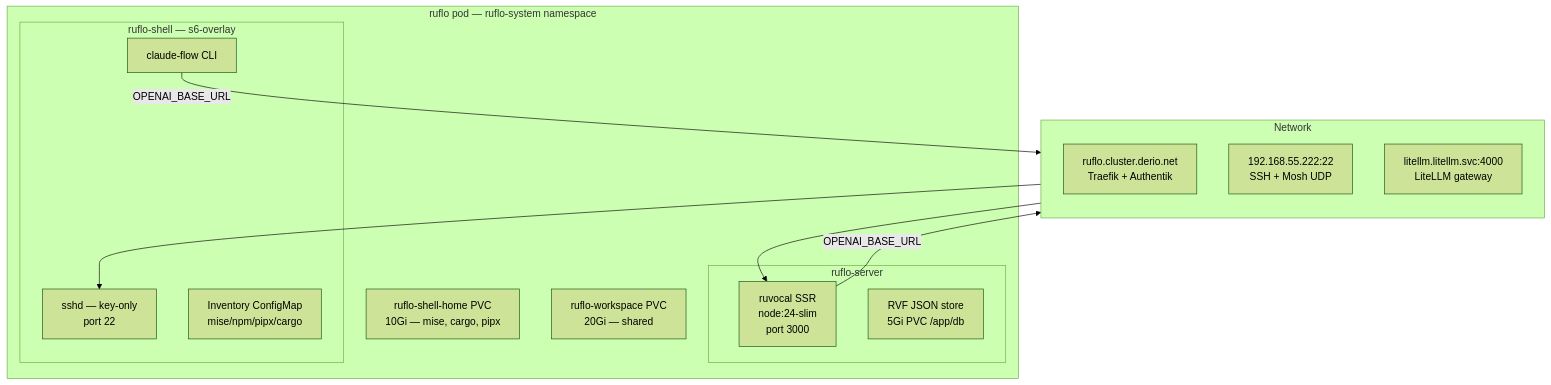
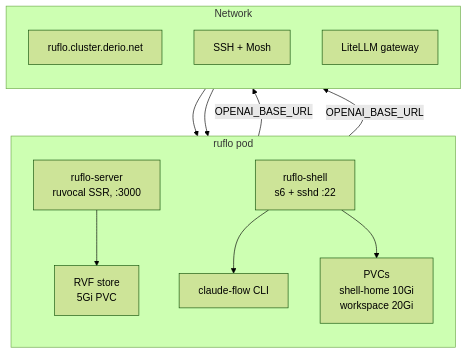
Before and after one commit to derio-net/frank: the diagram in blog/content/docs/building/29-ruflo/index.md, drawn with Mermaid (forest theme). The commit also changed other lines of this file and 3 other files, not shown here.

````diff
--- a/blog/content/docs/building/29-ruflo/index.md
+++ b/blog/content/docs/building/29-ruflo/index.md
@@ -21,27 +21,25 @@
 ```mermaid
 flowchart TD
-  subgraph Pod[ruflo pod — ruflo-system namespace]
-    subgraph Server[ruflo-server]
-      RUV[ruvocal SSR<br/>node:24-slim<br/>port 3000]
-      RVF[RVF JSON store<br/>5Gi PVC /app/db]
-    end
-    subgraph Shell[ruflo-shell — s6-overlay]
-      SSHD[sshd — key-only<br/>port 22]
-      CF[claude-flow CLI]
-      INV[Inventory ConfigMap<br/>mise/npm/pipx/cargo]
-    end
-    SH[ruflo-shell-home PVC<br/>10Gi — mise, cargo, pipx]
-    WS[ruflo-workspace PVC<br/>20Gi — shared]
+  subgraph Pod[ruflo pod]
+    direction TB
+    RUV["ruflo-server<br/>ruvocal SSR, :3000"]
+    RVF["RVF store<br/>5Gi PVC"]
+    SSHD["ruflo-shell<br/>s6 + sshd :22"]
+    CF["claude-flow CLI"]
+    VOL["PVCs<br/>shell-home 10Gi<br/>workspace 20Gi"]
   end
   subgraph Network
     direction TB
-    WEB[ruflo.cluster.derio.net<br/>Traefik + Authentik]
-    SSH[192.168.55.222:22<br/>SSH + Mosh UDP]
-    LLM[litellm.litellm.svc:4000<br/>LiteLLM gateway]
+    WEB["ruflo.cluster.derio.net"]
+    SSH["SSH + Mosh"]
+    LLM["LiteLLM gateway"]
   end
 
+  WEB --> RUV
+  RUV --> RVF
+  SSH --> SSHD
+  SSHD --> CF
+  SSHD --> VOL
   CF -->|OPENAI_BASE_URL| LLM
   RUV -->|OPENAI_BASE_URL| LLM
-  WEB --> RUV
-  SSH --> SSHD
 ```
````
